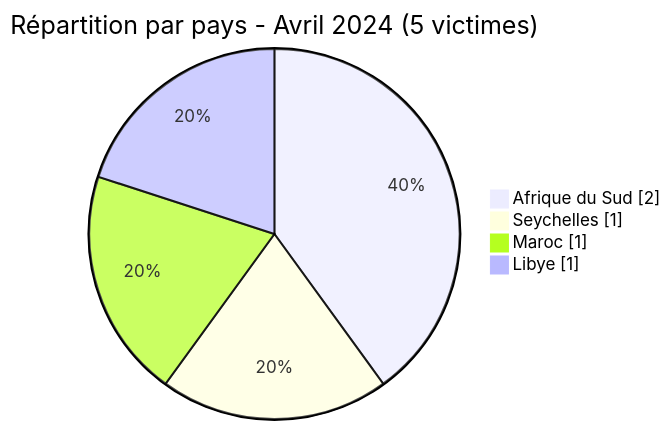
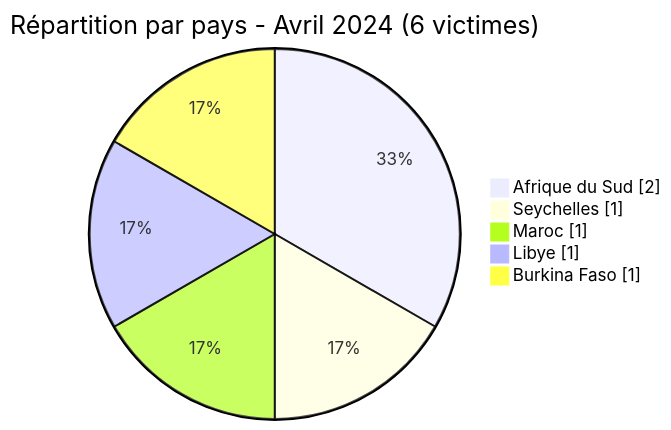
The second of 5 diagrams in CyberAttackAfrica/2024/04-april/README_FR.md (Hatchepsoute/AFRINTEL), drawn with Mermaid before and after one commit. The commit also changed other lines of this file and 255 other files, not shown here.

````diff
--- a/CyberAttackAfrica/2024/04-april/README_FR.md
+++ b/CyberAttackAfrica/2024/04-april/README_FR.md
@@ -59,8 +63,9 @@
 ```mermaid
 pie showData
-    title Répartition par pays - Avril 2024 (5 victimes)
+    title Répartition par pays - Avril 2024 (6 victimes)
     "Afrique du Sud" : 2
     "Seychelles" : 1
     "Maroc" : 1
     "Libye" : 1
+    "Burkina Faso" : 1
 ```
````
